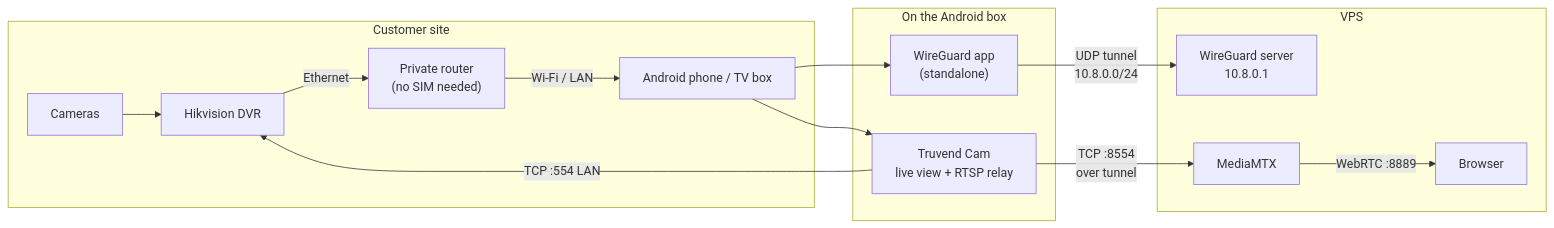
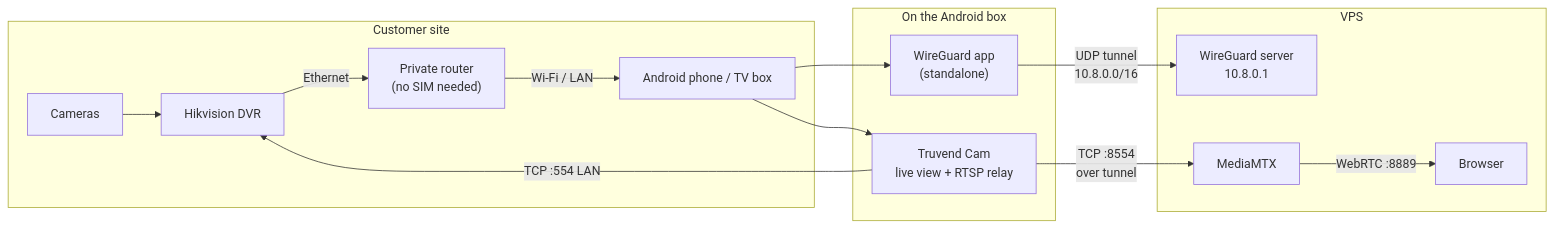
Before and after one commit to olaar09/truvend_cam_site: the first of 4 diagrams in docs/SYSTEM-ARCHITECTURE.md, drawn with Mermaid. The commit also changed other lines of this file and 14 other files, not shown here.

````diff
--- a/docs/SYSTEM-ARCHITECTURE.md
+++ b/docs/SYSTEM-ARCHITECTURE.md
@@ -18,21 +18,21 @@
 ```mermaid
 flowchart LR
   subgraph Site["Customer site"]
     CAM["Cameras"] --> DVR["Hikvision DVR"]
     DVR -->|"Ethernet"| RTR["Private router<br/>(no SIM needed)"]
     RTR -->|"Wi‑Fi / LAN"| BOX["Android phone / TV box"]
   end
 
   subgraph BoxApps["On the Android box"]
     BOX --> WG["WireGuard app<br/>(standalone)"]
     BOX --> APP["Truvend Cam<br/>live view + RTSP relay"]
   end
 
   subgraph Cloud["VPS"]
-    WG -->|"UDP tunnel<br/>10.8.0.0/24"| WGS["WireGuard server<br/>10.8.0.1"]
+    WG -->|"UDP tunnel<br/>10.8.0.0/16"| WGS["WireGuard server<br/>10.8.0.1"]
     APP -->|"TCP :8554<br/>over tunnel"| MTX["MediaMTX"]
     MTX -->|"WebRTC :8889"| BR["Browser"]
   end
 
   APP -->|"TCP :554 LAN"| DVR
 ```
````
